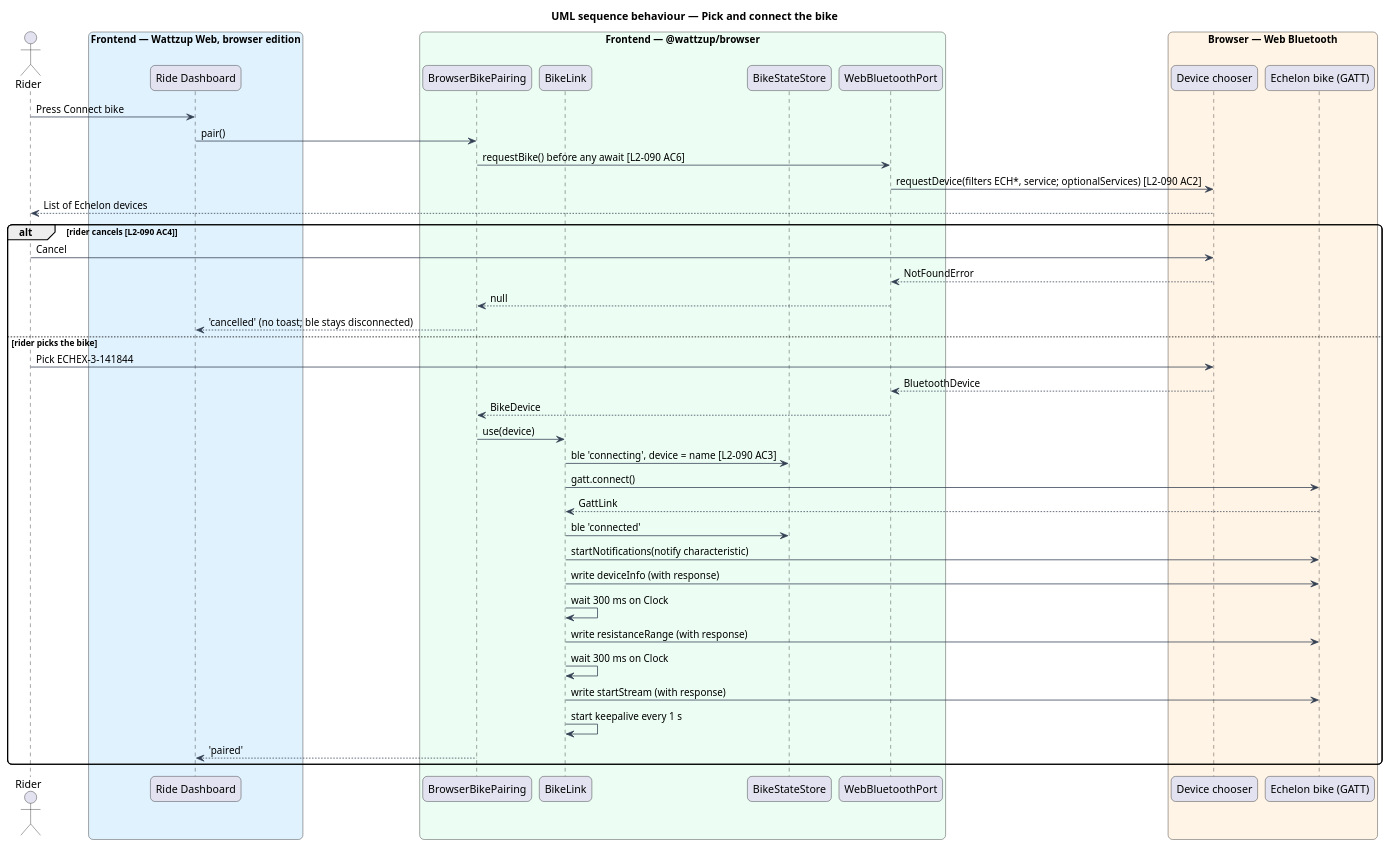
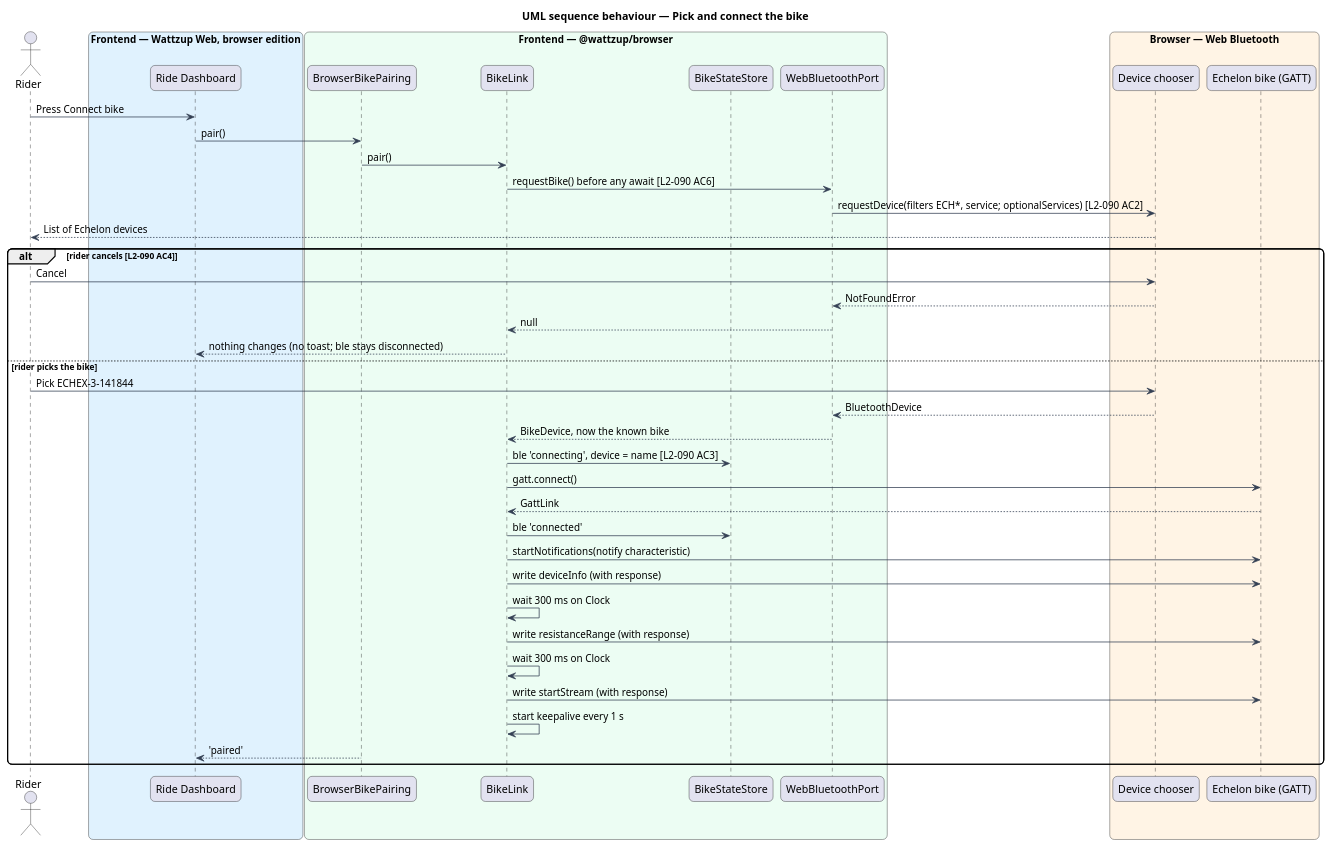
Before and after one commit to QuinntyneBrown/ride-one: the diagram in docs/detailed-designs/browser-edition/connect-bike-in-browser/diagrams/sequence-pair-and-connect.puml, drawn with PlantUML. The commit also changed 17 other files, not shown here.

```diff
--- a/docs/detailed-designs/browser-edition/connect-bike-in-browser/diagrams/sequence-pair-and-connect.puml
+++ b/docs/detailed-designs/browser-edition/connect-bike-in-browser/diagrams/sequence-pair-and-connect.puml
@@ -1,51 +1,51 @@
 @startuml
 title UML sequence behaviour — Pick and connect the bike
 skinparam backgroundColor #FFFFFF
 skinparam shadowing false
 skinparam roundcorner 12
 skinparam defaultFontName Arial
 skinparam ArrowColor #344054
 actor "Rider" as rider
 box "Frontend — Wattzup Web, browser edition" #E0F2FE
   participant "Ride Dashboard" as dash
 end box
 box "Frontend — @wattzup/browser" #ECFDF3
   participant "BrowserBikePairing" as pairing
   participant "BikeLink" as link
   participant "BikeStateStore" as store
   participant "WebBluetoothPort" as port
 end box
 box "Browser — Web Bluetooth" #FFF4E5
   participant "Device chooser" as chooser
   participant "Echelon bike (GATT)" as bike
 end box
 
 rider -> dash : Press Connect bike
 dash -> pairing : pair()
-pairing -> port : requestBike() before any await [L2-090 AC6]
+pairing -> link : pair()
+link -> port : requestBike() before any await [L2-090 AC6]
 port -> chooser : requestDevice(filters ECH*, service; optionalServices) [L2-090 AC2]
 chooser --> rider : List of Echelon devices
 alt rider cancels [L2-090 AC4]
   rider -> chooser : Cancel
   chooser --> port : NotFoundError
-  port --> pairing : null
-  pairing --> dash : 'cancelled' (no toast; ble stays disconnected)
+  port --> link : null
+  link --> dash : nothing changes (no toast; ble stays disconnected)
 else rider picks the bike
   rider -> chooser : Pick ECHEX-3-141844
   chooser --> port : BluetoothDevice
-  port --> pairing : BikeDevice
-  pairing -> link : use(device)
+  port --> link : BikeDevice, now the known bike
   link -> store : ble 'connecting', device = name [L2-090 AC3]
   link -> bike : gatt.connect()
   bike --> link : GattLink
   link -> store : ble 'connected'
   link -> bike : startNotifications(notify characteristic)
   link -> bike : write deviceInfo (with response)
   link -> link : wait 300 ms on Clock
   link -> bike : write resistanceRange (with response)
   link -> link : wait 300 ms on Clock
   link -> bike : write startStream (with response)
   link -> link : start keepalive every 1 s
   pairing --> dash : 'paired'
 end
 @enduml
```
